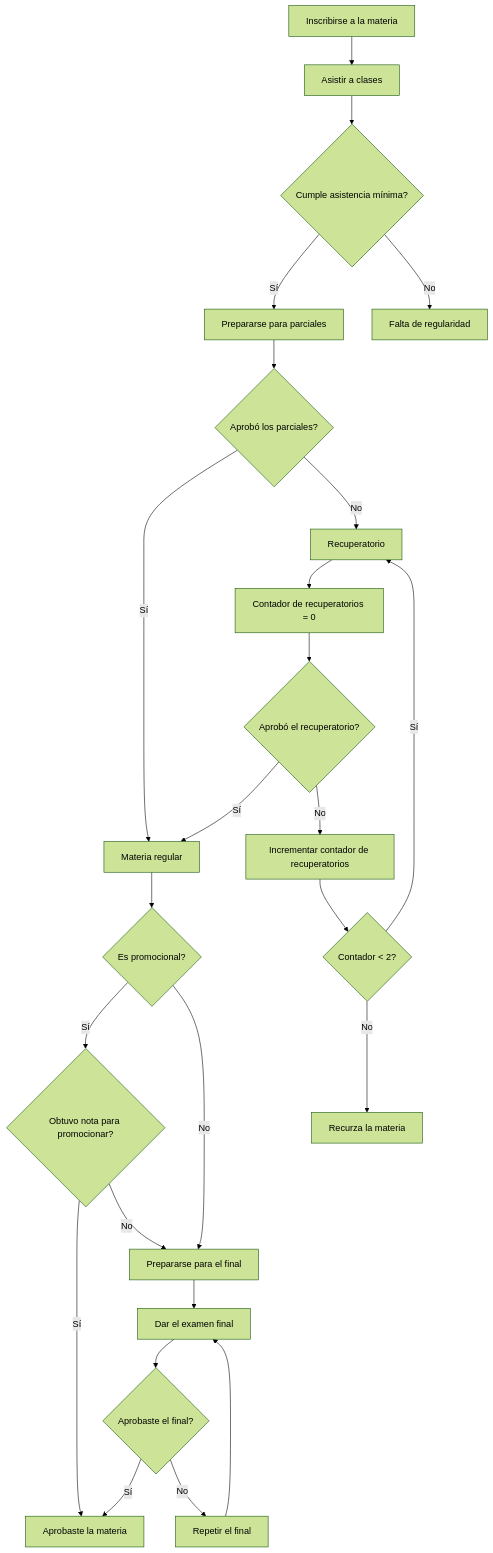
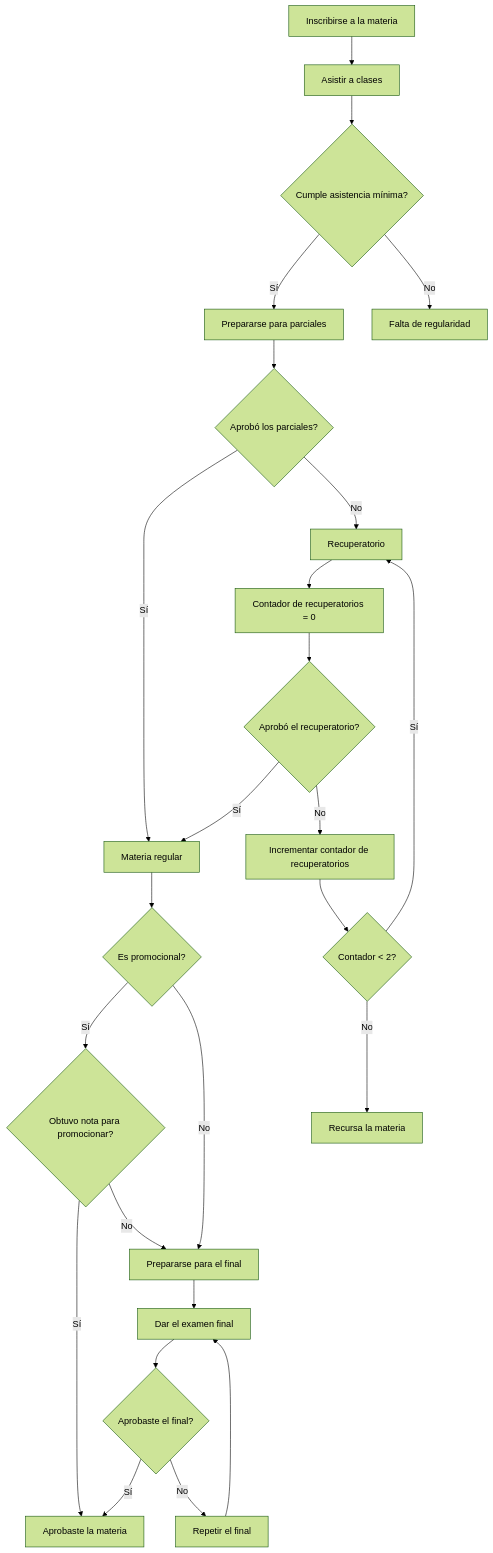
The diagram in README.md (MiyuRory/MermaidTest), drawn with Mermaid (forest theme) before and after one commit.

Commit message:
la IA es una burra (?

````diff
--- a/README.md
+++ b/README.md
@@ -3,27 +3,27 @@
 ```mermaid
 graph TD
     A[Inscribirse a la materia] --> B[Asistir a clases]
     B --> C{Cumple asistencia mínima?}
     C -->|Sí| D[Prepararse para parciales]
     C -->|No| X[Falta de regularidad]
     D --> E{Aprobó los parciales?}
     E -->|Sí| G[Materia regular]
     E -->|No| F[Recuperatorios]
     F --> R[Contador de recuperatorios = 0]
     R --> F1{Aprobó el recuperatorio?}
     F1 -->|Sí| G
     F1 -->|No| R2[Incrementar contador de recuperatorios]
     R2 --> F2{Contador < 2?}
     F2 -->|Sí| F[Recuperatorio]
-    F2 -->|No| Z[Recurza la materia]
+    F2 -->|No| Z[Recursa la materia]
     G --> H{Es promocional?}
     H -->|Sí| I{Obtuvo nota para promocionar?}
     I -->|Sí| Y[Aprobaste la materia]
     I -->|No| J[Prepararse para el final]
     H -->|No| J[Prepararse para el final]
     J --> K[Dar el examen final]
     K --> L{Aprobaste el final?}
     L -->|Sí| Y[Aprobaste la materia]
     L -->|No| M[Repetir el final]
     M --> K
 ```
````
